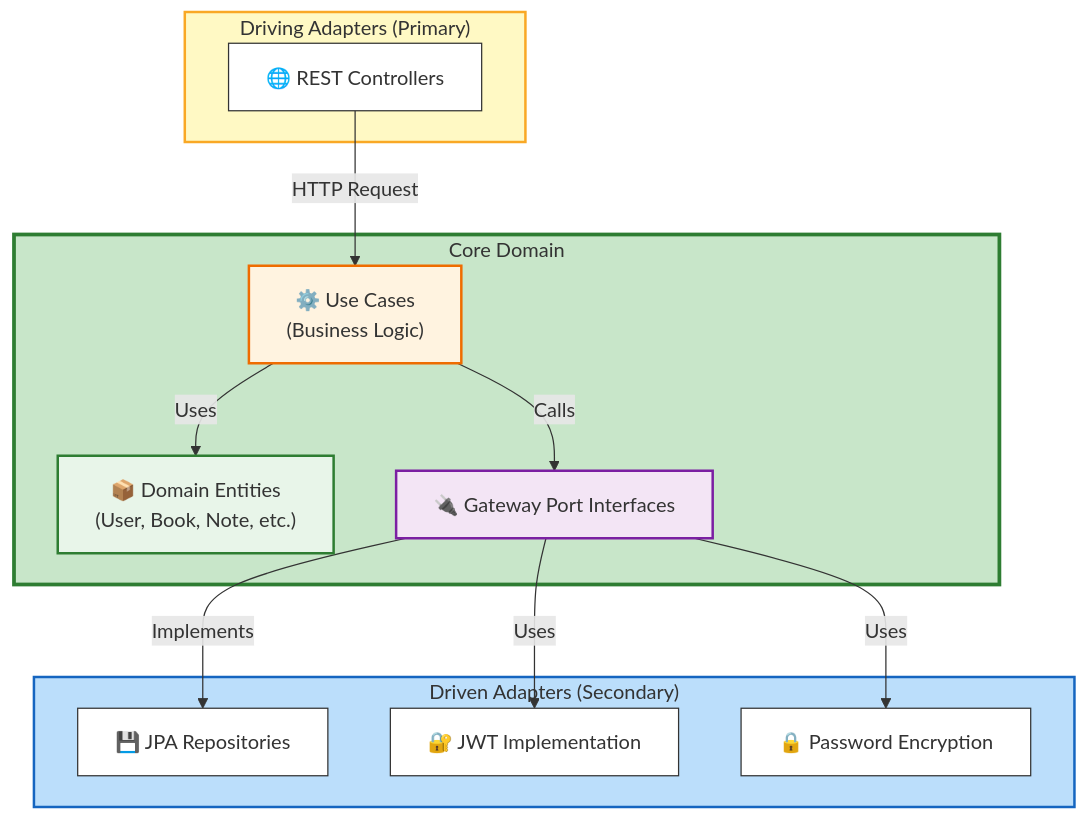
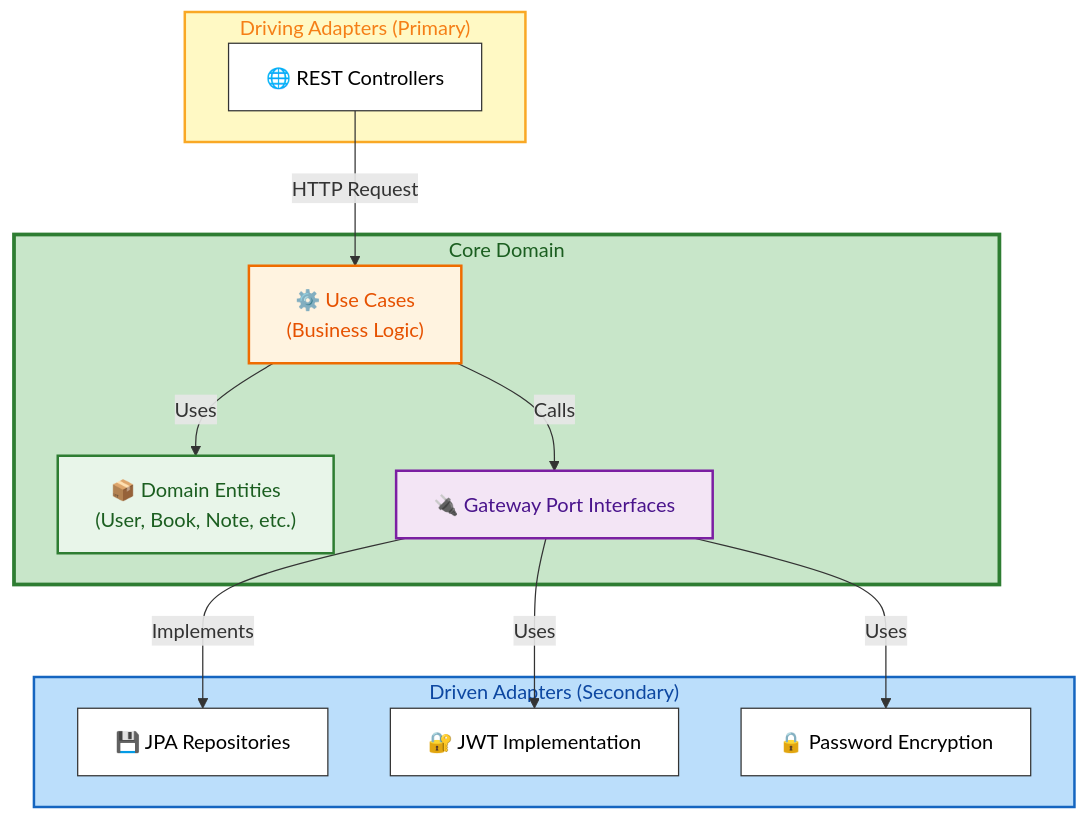
Before and after one commit to felipemelozx/InkTrack-api: the diagram in README.md, drawn with Mermaid. The commit also changed other lines of this file, not shown here.

````diff
--- a/README.md
+++ b/README.md
@@ -234,36 +234,36 @@
 ```mermaid
 graph TB
     subgraph Driving["Driving Adapters (Primary)"]
         Controller["🌐 REST Controllers"]
     end
 
     subgraph Core["Core Domain"]
         Domain["📦 Domain Entities<br/>(User, Book, Note, etc.)"]
         UseCases["⚙️ Use Cases<br/>(Business Logic)"]
         GatewayPorts["🔌 Gateway Port Interfaces"]
     end
 
     subgraph Driven["Driven Adapters (Secondary)"]
         Repos["💾 JPA Repositories"]
         JWT["🔐 JWT Implementation"]
         Password["🔒 Password Encryption"]
     end
 
     Controller -->|HTTP Request| UseCases
     UseCases -->|Uses| Domain
     UseCases -->|Calls| GatewayPorts
     GatewayPorts -->|Implements| Repos
     GatewayPorts -->|Uses| JWT
     GatewayPorts -->|Uses| Password
 
-    style Core fill:#c8e6c9,stroke:#2e7d32,stroke-width:3px
-    style Driving fill:#fff9c4,stroke:#f9a825,stroke-width:2px
-    style Driven fill:#bbdefb,stroke:#1565c0,stroke-width:2px
-    style Domain fill:#e8f5e9,stroke:#2e7d32,stroke-width:2px
-    style UseCases fill:#fff3e0,stroke:#ef6c00,stroke-width:2px
-    style GatewayPorts fill:#f3e5f5,stroke:#7b1fa2,stroke-width:2px
-    style Controller fill:#ffffff,stroke:#333,stroke-width:1px
-    style Repos fill:#ffffff,stroke:#333,stroke-width:1px
-    style JWT fill:#ffffff,stroke:#333,stroke-width:1px
-    style Password fill:#ffffff,stroke:#333,stroke-width:1px
+    style Core fill:#c8e6c9,stroke:#2e7d32,stroke-width:3px,color:#1b5e20
+    style Driving fill:#fff9c4,stroke:#f9a825,stroke-width:2px,color:#f57f17
+    style Driven fill:#bbdefb,stroke:#1565c0,stroke-width:2px,color:#0d47a1
+    style Domain fill:#e8f5e9,stroke:#2e7d32,stroke-width:2px,color:#1b5e20
+    style UseCases fill:#fff3e0,stroke:#ef6c00,stroke-width:2px,color:#e65100
+    style GatewayPorts fill:#f3e5f5,stroke:#7b1fa2,stroke-width:2px,color:#4a148c
+    style Controller fill:#ffffff,stroke:#333,stroke-width:1px,color:#000
+    style Repos fill:#ffffff,stroke:#333,stroke-width:1px,color:#000
+    style JWT fill:#ffffff,stroke:#333,stroke-width:1px,color:#000
+    style Password fill:#ffffff,stroke:#333,stroke-width:1px,color:#000
 ```
````
